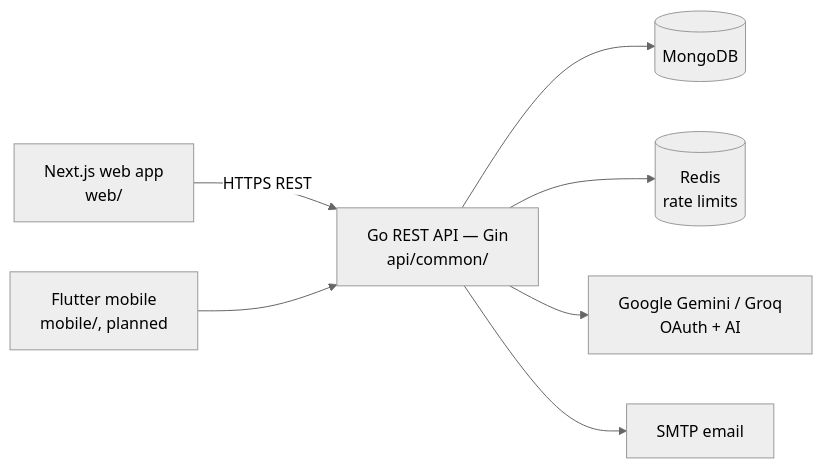
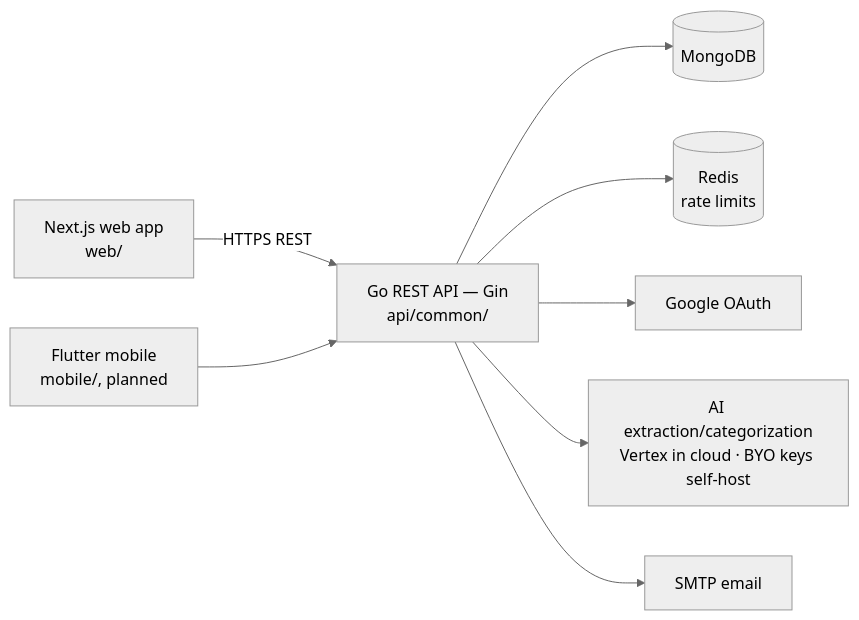
One commit to cuesoftinc/expendit changed the diagram in README.md. Above: the diagram before and after it, drawn with Mermaid (neutral theme). The commit also changed other lines of this file and 21 other files, not shown here.

````diff
--- a/README.md
+++ b/README.md
@@ -22,9 +22,10 @@
 ```mermaid
 flowchart LR
     WEB[Next.js web app<br/>web/] -->|HTTPS REST| API[Go REST API — Gin<br/>api/common/]
     MOB[Flutter mobile<br/>mobile/, planned] --> API
     API --> MG[(MongoDB)]
     API --> RD[(Redis<br/>rate limits)]
-    API --> AI[Google Gemini / Groq<br/>OAuth + AI]
+    API --> GAUTH[Google OAuth]
+    API --> AI[AI extraction/categorization<br/>Vertex in cloud · BYO keys self-host]
     API --> SMTP[SMTP email]
 ```
````
